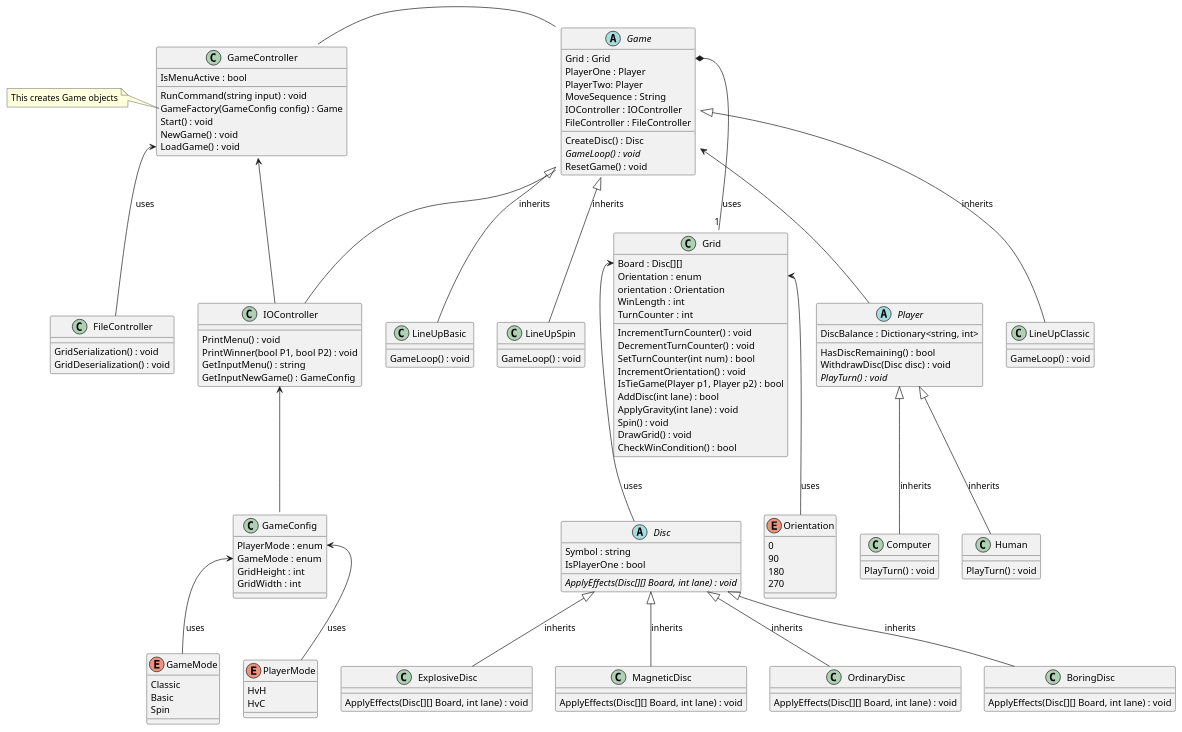
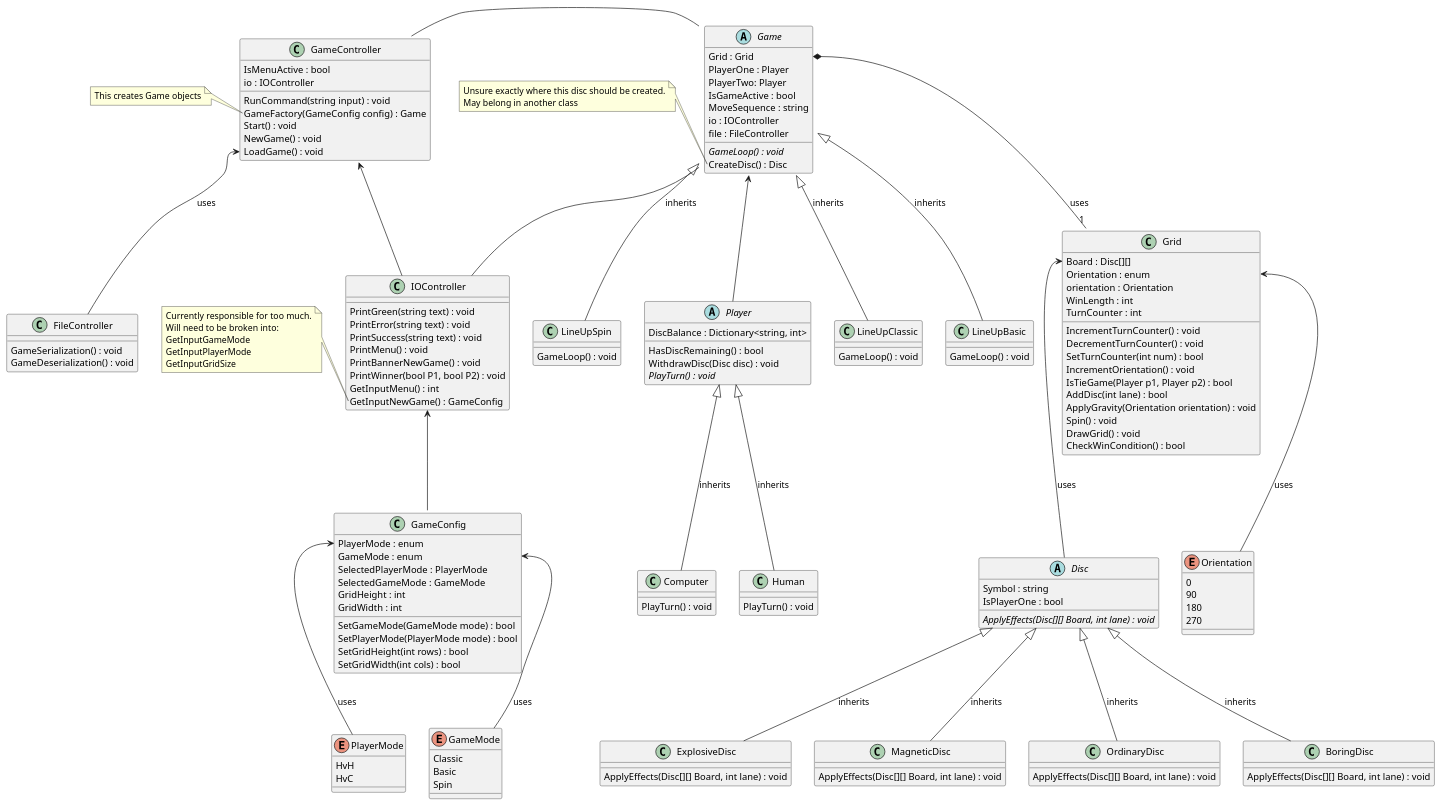
One commit to TacNap/IFN584_A2 changed the diagram in diagrams/diagram.puml. Above: the diagram before and after it, drawn with PlantUML. The commit also changed 7 other files, not shown here.

Commit message:
updates to Class diagram

```diff
--- a/diagrams/diagram.puml
+++ b/diagrams/diagram.puml
@@ -7,6 +7,7 @@
 ''' GameController '''
 class GameController {
     IsMenuActive : bool
+    io : IOController
     RunCommand(string input) : void
     GameFactory(GameConfig config) : Game
     Start() : void
@@ -22,21 +23,18 @@
     Grid : Grid
     PlayerOne : Player
     PlayerTwo: Player
-    MoveSequence : String
-    IOController : IOController
-    FileController : FileController
+    IsGameActive : bool
+    MoveSequence : string
+    io : IOController
+    file : FileController
+    {abstract} GameLoop() : void
     CreateDisc() : Disc
-    {abstract} GameLoop() : void
-    ResetGame() : void
+    ' ResetGame() : void
+    ' May not need the above method
 }
-note left of Game::TurnCounter
-    Could also belong on Grid
-end note
-note left of Game::ResetGame
-    May not need this.
-    Depends on how we treat loading, 
-    grid sizing 
-    and quitting
+note left of Game::CreateDisc
+    Unsure exactly where this disc should be created.
+    May belong in another class
 end note
 
 ' Game Subclasses
@@ -65,7 +63,7 @@
     IncrementOrientation() : void
     IsTieGame(Player p1, Player p2) : bool
     AddDisc(int lane) : bool
-    ApplyGravity(int lane) : void
+    ApplyGravity(Orientation orientation) : void
     Spin() : void
     DrawGrid() : void
     CheckWinCondition() : bool
@@ -120,19 +118,37 @@
 
 ''' IOController '''
 class IOController {
+    PrintGreen(string text) : void
+    PrintError(string text) : void
+    PrintSuccess(string text) : void
     PrintMenu() : void
+    PrintBannerNewGame() : void
     PrintWinner(bool P1, bool P2) : void
-    GetInputMenu() : string
+    GetInputMenu() : int
     GetInputNewGame() : GameConfig
+}
 
-}
+note left of IOController::GetInputNewGame
+    Currently responsible for too much.
+    Will need to be broken into:
+    GetInputGameMode
+    GetInputPlayerMode
+    GetInputGridSize
+end note
+
 
 ''' GameConfig '''
 class GameConfig {
     PlayerMode : enum
     GameMode : enum
+    SelectedPlayerMode : PlayerMode
+    SelectedGameMode : GameMode
     GridHeight : int
     GridWidth : int
+    SetGameMode(GameMode mode) : bool
+    SetPlayerMode(PlayerMode mode) : bool
+    SetGridHeight(int rows) : bool
+    SetGridWidth(int cols) : bool
 }
 
 enum PlayerMode {
@@ -148,8 +164,8 @@
 
 ''' FileController '''
 class FileController {
-    GridSerialization() : void
-    GridDeserialization() : void
+    GameSerialization() : void
+    GameDeserialization() : void
 }
 
 ' Relationships
```
